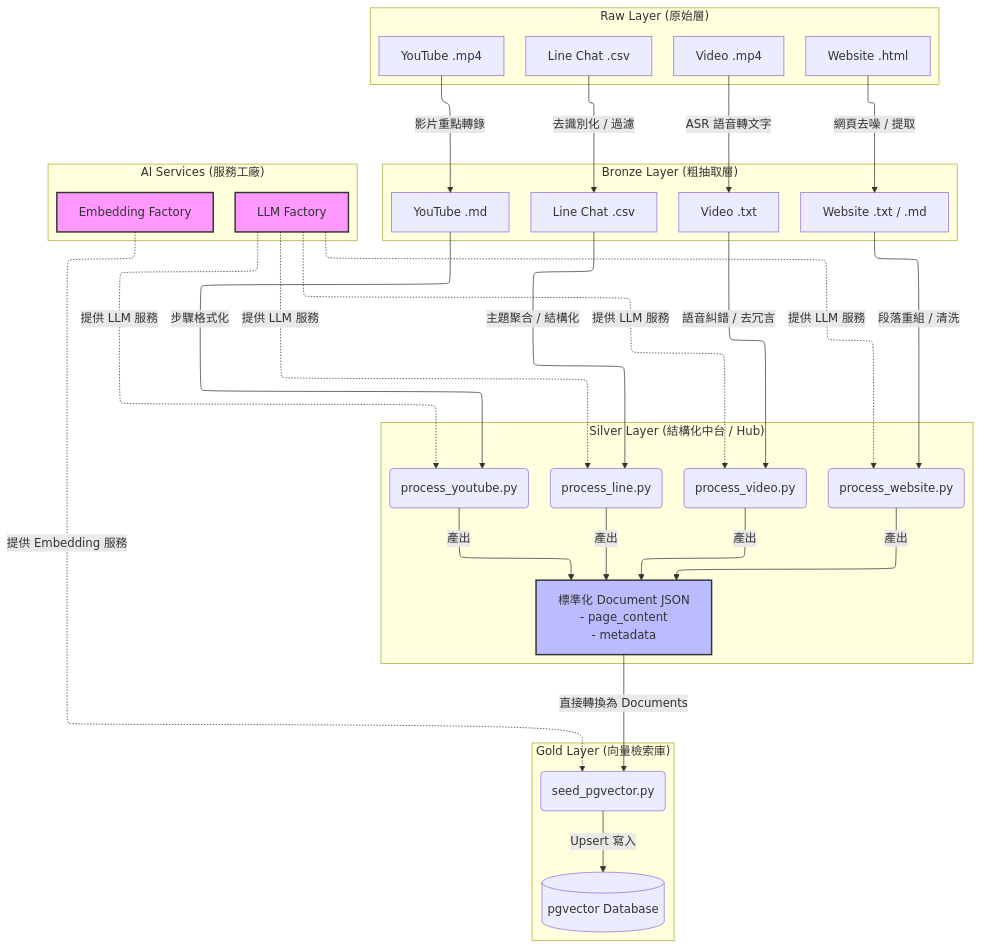
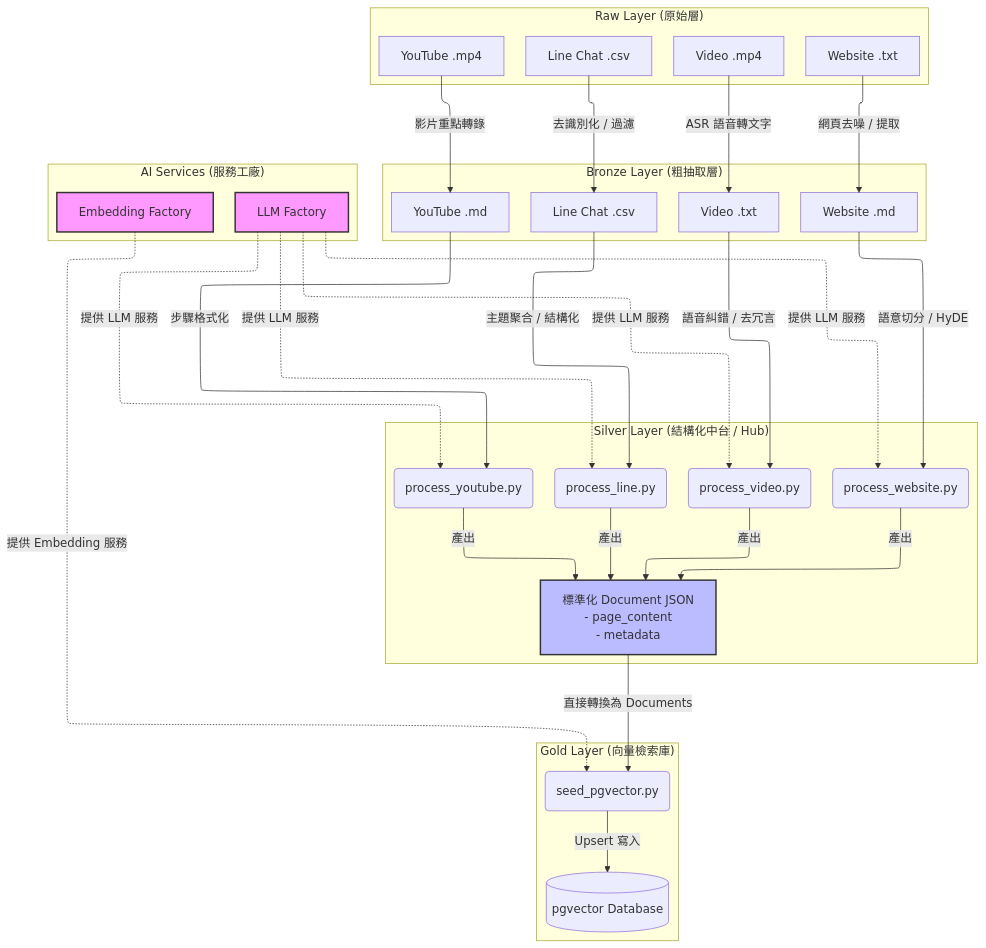
Before and after one commit to Imding1211/lock_AI_data: the diagram in docs/manuals/架構書.md, drawn with Mermaid. The commit also changed other lines of this file and 582 other files, not shown here.

````diff
--- a/docs/manuals/架構書.md
+++ b/docs/manuals/架構書.md
@@ -8,63 +8,63 @@
 ```mermaid
 ---
 config:
   layout: elk
 ---
 graph TD
     subgraph "Raw Layer (原始層)"
         A1[Line Chat .csv]
         A2[Video .mp4]
-        A3[Website .html]
+        A3[Website .txt]
         A4[YouTube .mp4]
     end
 
     subgraph "Bronze Layer (粗抽取層)"
         B1[Line Chat .csv]
         B2[Video .txt]
-        B3[Website .txt / .md]
+        B3[Website .md]
         B4[YouTube .md]
     end
 
     subgraph "AI Services (服務工廠)"
         LLM_F[LLM Factory]
         EMB_F[Embedding Factory]
     end
 
     subgraph "Silver Layer (結構化中台 / Hub)"
         C1(process_line.py)
         C2(process_video.py)
         C3(process_website.py)
         C4(process_youtube.py)
         
         D[標準化 Document JSON<br/>- page_content<br/>- metadata]
     end
 
     subgraph "Gold Layer (向量檢索庫)"
         E(seed_pgvector.py)
         F[(pgvector Database)]
     end
 
     A1 -->|去識別化 / 過濾| B1
     A2 -->|ASR 語音轉文字| B2
     A3 -->|網頁去噪 / 提取| B3
     A4 -->|影片重點轉錄| B4
 
     B1 -->|主題聚合 / 結構化| C1
     B2 -->|語音糾錯 / 去冗言| C2
-    B3 -->|段落重組 / 清洗| C3
+    B3 -->|語意切分 / HyDE| C3
     B4 -->|步驟格式化| C4
     
     LLM_F -.->|提供 LLM 服務| C1 & C2 & C3 & C4
     
     C1 & C2 & C3 & C4 -->|產出| D
     
     D -->|直接轉換為 Documents| E
     
     EMB_F -.->|提供 Embedding 服務| E
     
     E -->|Upsert 寫入| F
     
     style LLM_F fill:#f9f,stroke:#333,stroke-width:2px
     style EMB_F fill:#f9f,stroke:#333,stroke-width:2px
     style D fill:#bbf,stroke:#333,stroke-width:2px
 ```
````
